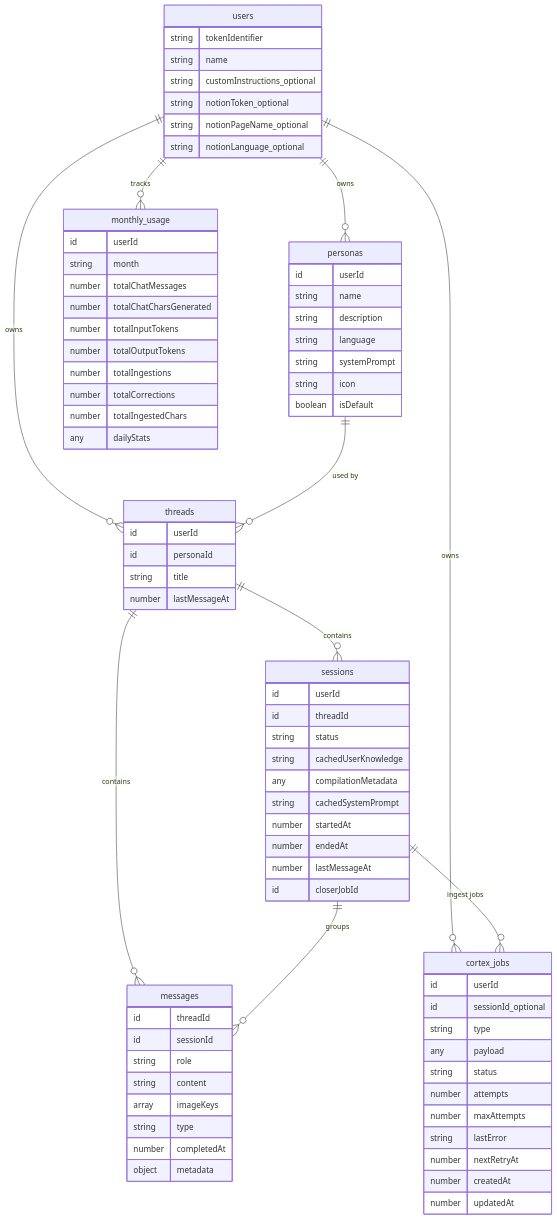
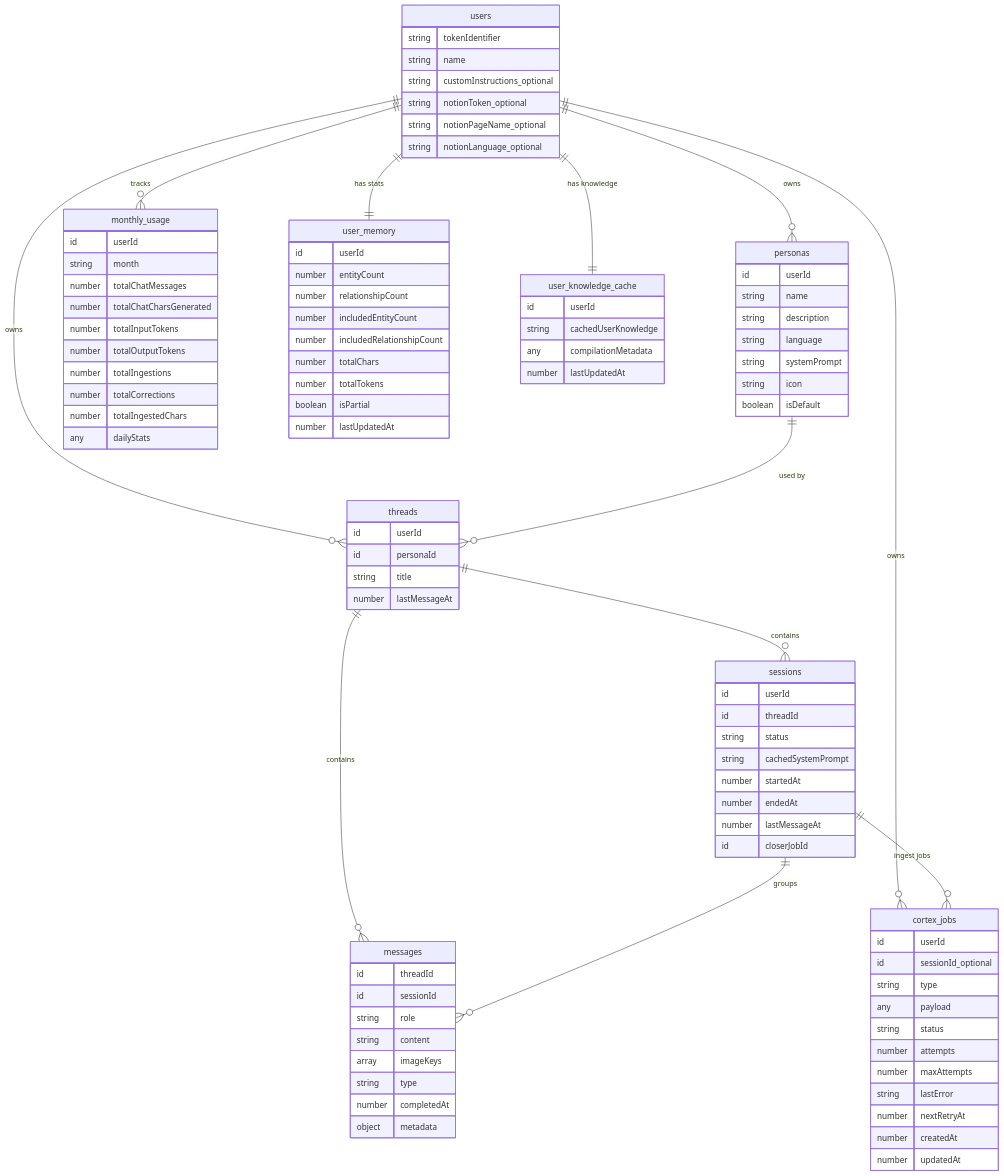
The third of 7 diagrams in README.md (juandastic/synapse-chat-ai), drawn with Mermaid before and after one commit. The commit also changed other lines of this file and 23 other files, not shown here.

````diff
--- a/README.md
+++ b/README.md
@@ -235,8 +245,6 @@
         id userId
         id threadId
         string status
-        string cachedUserKnowledge
-        any compilationMetadata
         string cachedSystemPrompt
         number startedAt
         number endedAt
@@ -278,6 +286,23 @@
         number totalIngestedChars
         any dailyStats
     }
+    user_memory {
+        id userId
+        number entityCount
+        number relationshipCount
+        number includedEntityCount
+        number includedRelationshipCount
+        number totalChars
+        number totalTokens
+        boolean isPartial
+        number lastUpdatedAt
+    }
+    user_knowledge_cache {
+        id userId
+        string cachedUserKnowledge
+        any compilationMetadata
+        number lastUpdatedAt
+    }
 
     users ||--o{ personas : owns
     users ||--o{ threads : owns
@@ -288,4 +313,6 @@
     threads ||--o{ messages : contains
     sessions ||--o{ messages : groups
     sessions ||--o{ cortex_jobs : "ingest jobs"
+    users ||--|| user_memory : "has stats"
+    users ||--|| user_knowledge_cache : "has knowledge"
 ```
````
